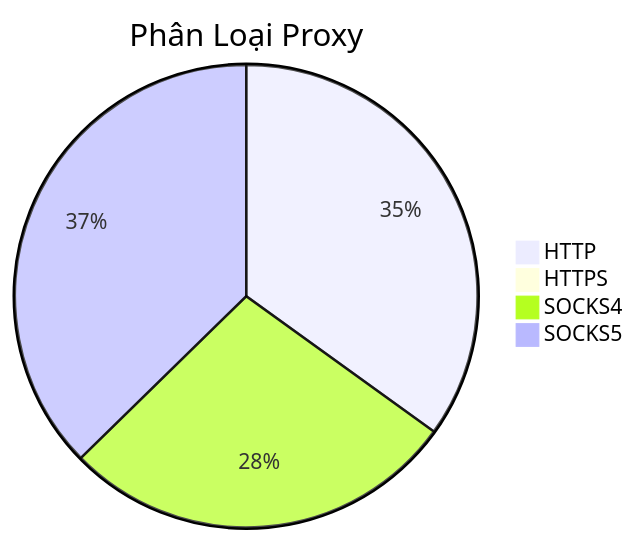
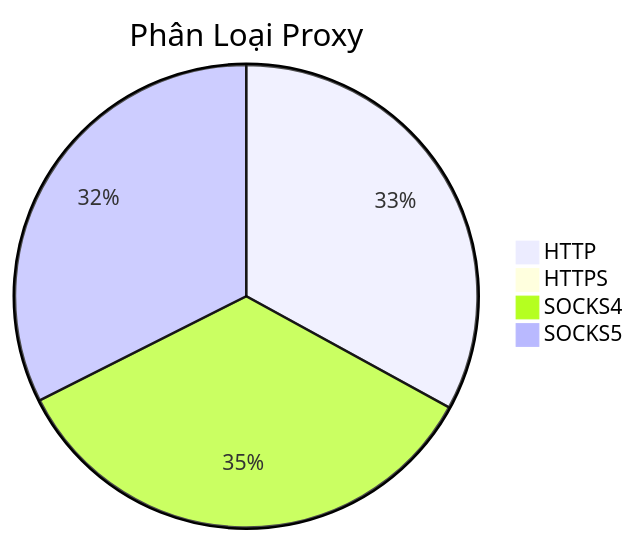
One commit to Ciara-12/PROXY-free changed the diagram in README.md. Above: the diagram before and after it, drawn with Mermaid. The commit also changed other lines of this file and 3 other files, not shown here.

````diff
--- a/README.md
+++ b/README.md
@@ -26,7 +26,7 @@
 ```mermaid
 pie title Phân Loại Proxy
-    "HTTP" : 824
+    "HTTP" : 534
     "HTTPS" : 0
-    "SOCKS4" : 654
-    "SOCKS5" : 880
+    "SOCKS4" : 560
+    "SOCKS5" : 525
 ```
````
